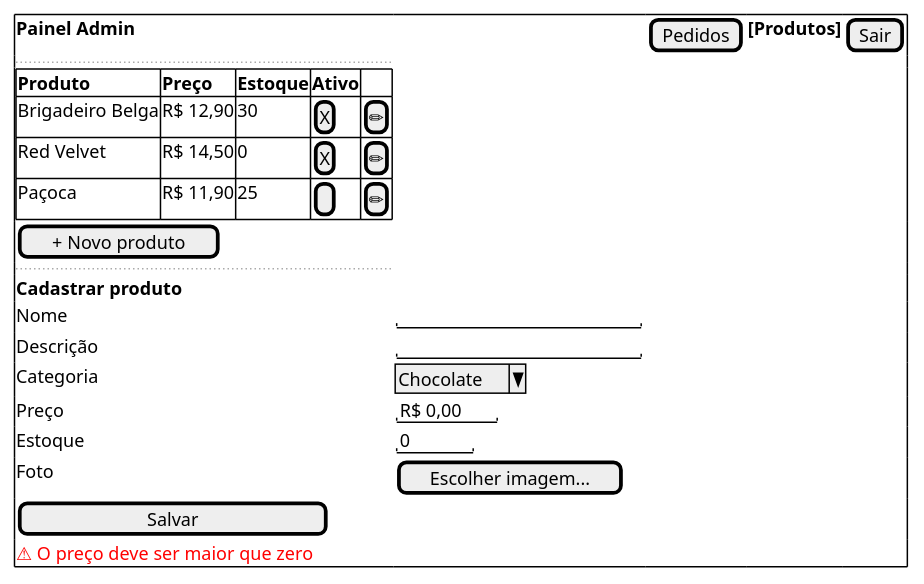
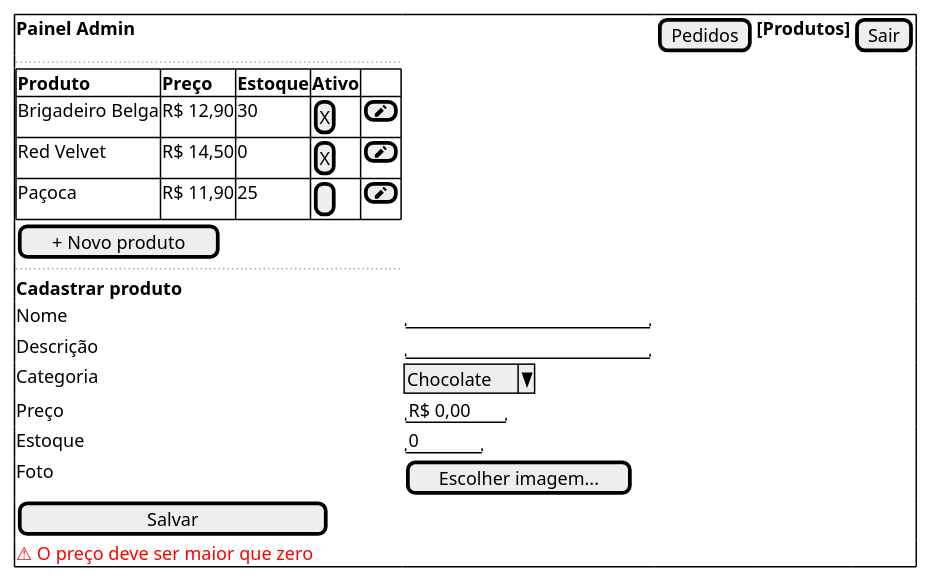
One commit to ErickSantox/Cupcakes-app changed diagram 12 of 13 in docs/situacao-1/ihc/wireframes.puml. Above: the diagram before and after it, drawn with PlantUML. The commit also changed other lines of this file and 7 other files, not shown here.

```diff
--- a/docs/situacao-1/ihc/wireframes.puml
+++ b/docs/situacao-1/ihc/wireframes.puml
@@ -200,23 +200,23 @@
 @startsalt admin-produtos
 {+
   <b>Painel Admin</b> | . | [Pedidos] | <b>[Produtos]</b> | [Sair]
   ..
   {#
     <b>Produto</b> | <b>Preço</b> | <b>Estoque</b> | <b>Ativo</b> | .
-    Brigadeiro Belga | R$ 12,90 | 30 | [X] | [✏]
-    Red Velvet | R$ 14,50 | 0 | [X] | [✏]
-    Paçoca | R$ 11,90 | 25 | [ ] | [✏]
+    Brigadeiro Belga | R$ 12,90 | 30 | [X] | [<&pencil>]
+    Red Velvet | R$ 14,50 | 0 | [X] | [<&pencil>]
+    Paçoca | R$ 11,90 | 25 | [ ] | [<&pencil>]
   }
   [ + Novo produto ]
   ..
   <b>Cadastrar produto</b>
   Nome | "                    "
   Descrição | "                    "
   Categoria | ^Chocolate^
   Preço | "R$ 0,00 "
   Estoque | "0     "
   Foto | [Escolher imagem...]
   [         Salvar          ]
   <color:red>⚠ O preço deve ser maior que zero</color>
 }
 @endsalt
```
